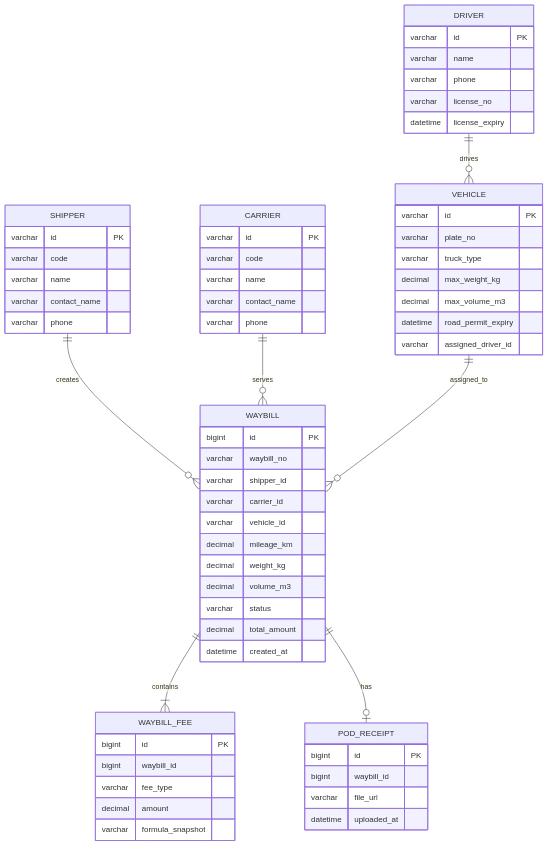
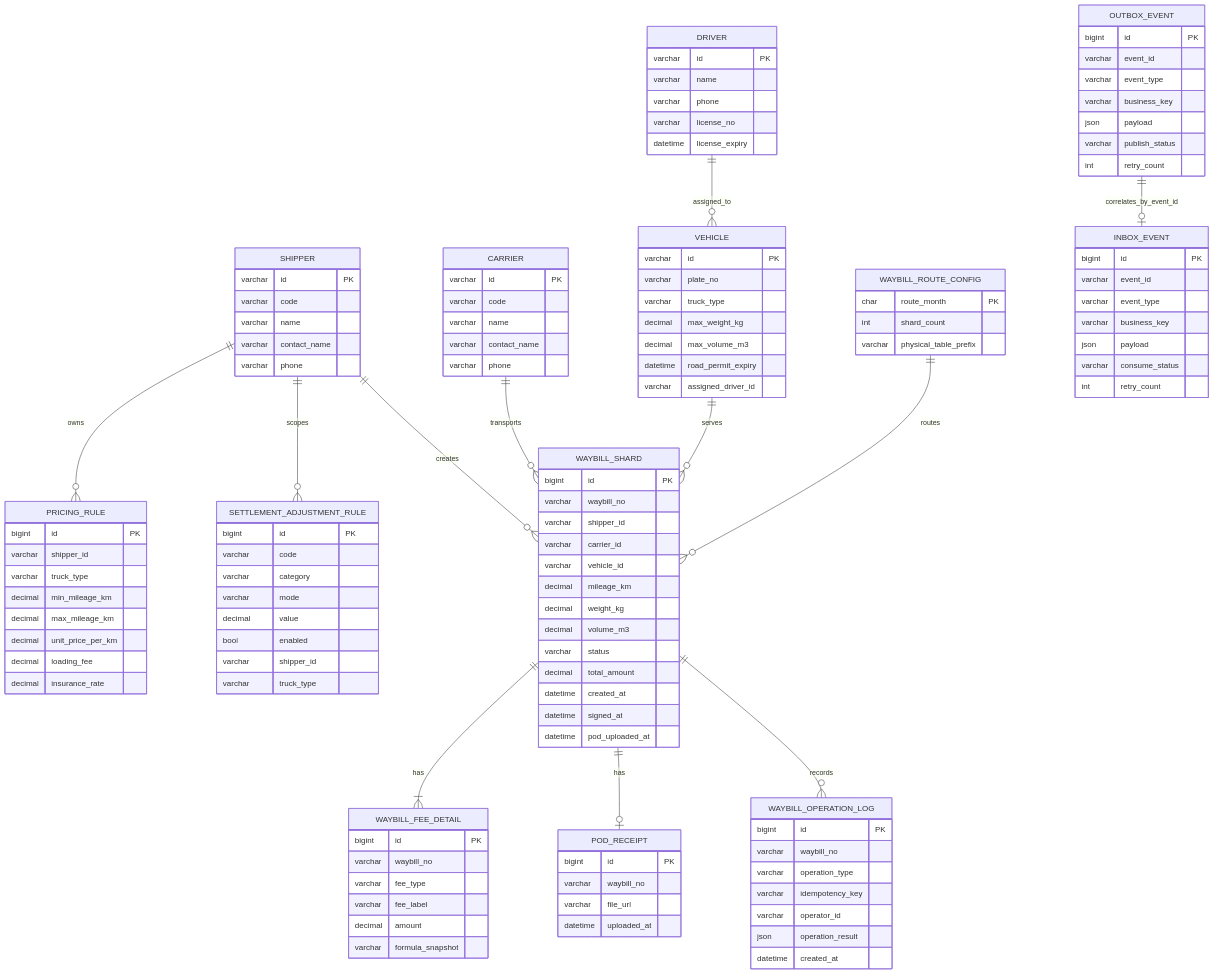
The fifth of 5 diagrams in docs/内部运单 & 结算管理后台设计方案.md (1136812645/Xu-wuliu), drawn with Mermaid before and after one commit. The commit also changed other lines of this file and 67 other files, not shown here.

````diff
--- a/docs/内部运单 & 结算管理后台设计方案.md
+++ b/docs/内部运单 & 结算管理后台设计方案.md
@@ -91,11 +113,16 @@
 ```mermaid
 erDiagram
-  SHIPPER ||--o{ WAYBILL : creates
-  CARRIER ||--o{ WAYBILL : serves
-  DRIVER ||--o{ VEHICLE : drives
-  VEHICLE ||--o{ WAYBILL : assigned_to
-  WAYBILL ||--|{ WAYBILL_FEE : contains
-  WAYBILL ||--o| POD_RECEIPT : has
+  SHIPPER ||--o{ PRICING_RULE : owns
+  SHIPPER ||--o{ SETTLEMENT_ADJUSTMENT_RULE : scopes
+  SHIPPER ||--o{ WAYBILL_SHARD : creates
+  CARRIER ||--o{ WAYBILL_SHARD : transports
+  DRIVER ||--o{ VEHICLE : assigned_to
+  VEHICLE ||--o{ WAYBILL_SHARD : serves
+  WAYBILL_SHARD ||--|{ WAYBILL_FEE_DETAIL : has
+  WAYBILL_SHARD ||--o| POD_RECEIPT : has
+  WAYBILL_SHARD ||--o{ WAYBILL_OPERATION_LOG : records
+  WAYBILL_ROUTE_CONFIG ||--o{ WAYBILL_SHARD : routes
+  OUTBOX_EVENT ||--o| INBOX_EVENT : correlates_by_event_id
 
   SHIPPER {
     varchar id PK
@@ -131,7 +158,35 @@
     varchar assigned_driver_id
   }
 
-  WAYBILL {
+  PRICING_RULE {
+    bigint id PK
+    varchar shipper_id
+    varchar truck_type
+    decimal min_mileage_km
+    decimal max_mileage_km
+    decimal unit_price_per_km
+    decimal loading_fee
+    decimal insurance_rate
+  }
+
+  SETTLEMENT_ADJUSTMENT_RULE {
+    bigint id PK
+    varchar code
+    varchar category
+    varchar mode
+    decimal value
+    bool enabled
+    varchar shipper_id
+    varchar truck_type
+  }
+
+  WAYBILL_ROUTE_CONFIG {
+    char route_month PK
+    int shard_count
+    varchar physical_table_prefix
+  }
+
+  WAYBILL_SHARD {
     bigint id PK
     varchar waybill_no
     varchar shipper_id
@@ -143,20 +198,53 @@
     varchar status
     decimal total_amount
     datetime created_at
+    datetime signed_at
+    datetime pod_uploaded_at
   }
 
-  WAYBILL_FEE {
+  WAYBILL_FEE_DETAIL {
     bigint id PK
-    bigint waybill_id
+    varchar waybill_no
     varchar fee_type
+    varchar fee_label
     decimal amount
     varchar formula_snapshot
   }
 
   POD_RECEIPT {
     bigint id PK
-    bigint waybill_id
+    varchar waybill_no
     varchar file_url
     datetime uploaded_at
   }
+
+  WAYBILL_OPERATION_LOG {
+    bigint id PK
+    varchar waybill_no
+    varchar operation_type
+    varchar idempotency_key
+    varchar operator_id
+    json operation_result
+    datetime created_at
+  }
+
+  OUTBOX_EVENT {
+    bigint id PK
+    varchar event_id
+    varchar event_type
+    varchar business_key
+    json payload
+    varchar publish_status
+    int retry_count
+  }
+
+  INBOX_EVENT {
+    bigint id PK
+    varchar event_id
+    varchar event_type
+    varchar business_key
+    json payload
+    varchar consume_status
+    int retry_count
+  }
 ```
````
